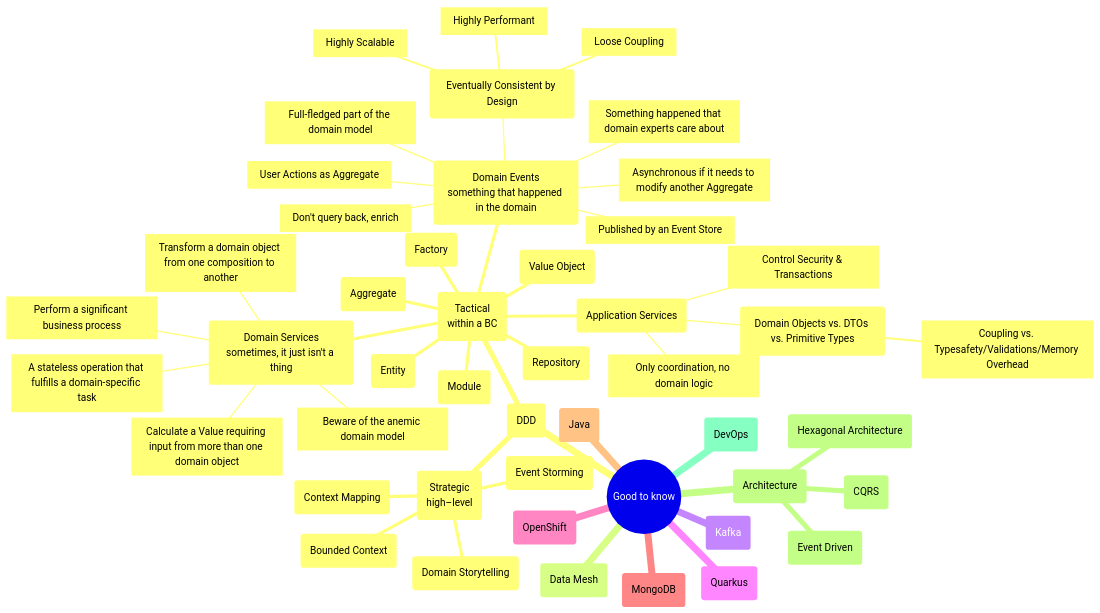
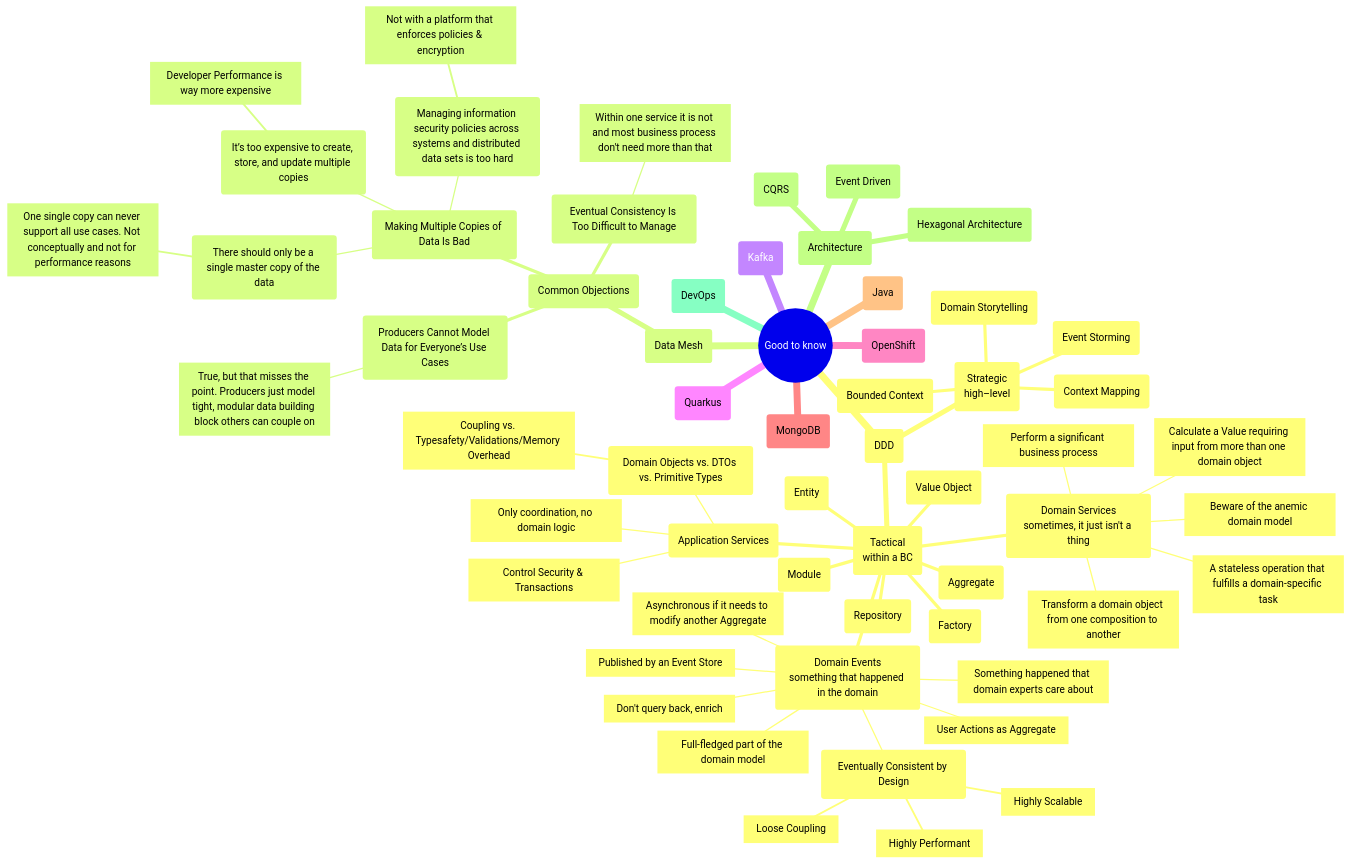
One commit to mhaspra/mindmaps changed the diagram in README.md. Above: the diagram before and after it, drawn with Mermaid.

````diff
--- a/README.md
+++ b/README.md
@@ -2,50 +2,62 @@
 ```mermaid
  mindmap
   root((Good to know))
    (DDD)
     (Strategic<br>high–level)
      (Domain Storytelling)
      (Event Storming)
      (Context Mapping)
      (Bounded Context)
     (Tactical<br>within a BC)
      (Value Object)
      (Entity)
      (Aggregate)
      (Domain Services<br>sometimes, it just isn't a thing)
       [A stateless operation that fulfills a domain-specific task]
       [Perform a significant business process]
       [Transform a domain object from one composition to another]
       [Calculate a Value requiring input from more than one domain object]
       [Beware of the anemic domain model]
      (Domain Events<br>something that happened in the domain)
       [Something happened that domain experts care about]
       [Full-fledged part of the domain model]
       (Eventually Consistent by Design)
        [Loose Coupling]
        [Highly Scalable]
        [Highly Performant]
       [Don't query back, enrich]
       [User Actions as Aggregate]
       [Asynchronous if it needs to modify another Aggregate]
       [Published by an Event Store]
      (Factory)
      (Repository)
      (Module)
      (Application Services)
       [Only coordination, no domain logic]
       [Control Security & Transactions]
       (Domain Objects vs. DTOs vs. Primitive Types)
        [Coupling vs. Typesafety/Validations/Memory Overhead]
    (Data Mesh)
+    (Common Objections)
+     (Producers Cannot Model Data for Everyone’s Use Cases)
+      [True, but that misses the point. Producers just model tight, modular data building block others can couple on]
+     (Making Multiple Copies of Data Is Bad)
+      (There should only be a single master copy of the data)
+       [One single copy can never support all use cases. Not conceptually and not for performance reasons]
+      (It’s too expensive to create, store, and update multiple copies)
+       [Developer Performance is way more expensive)
+      (Managing information security policies across systems and distributed data sets is too hard)
+       [Not with a platform that enforces policies & encryption]
+     (Eventual Consistency Is Too Difficult to Manage)
+      [Within one service it is not and most business process don't need more than that)
    (Kafka)
    (Quarkus)
    (OpenShift)
    (MongoDB)
    (Java)
    (Architecture)
     (Hexagonal Architecture)
     (CQRS)
     (Event Driven)
    (DevOps)
 ```
````
